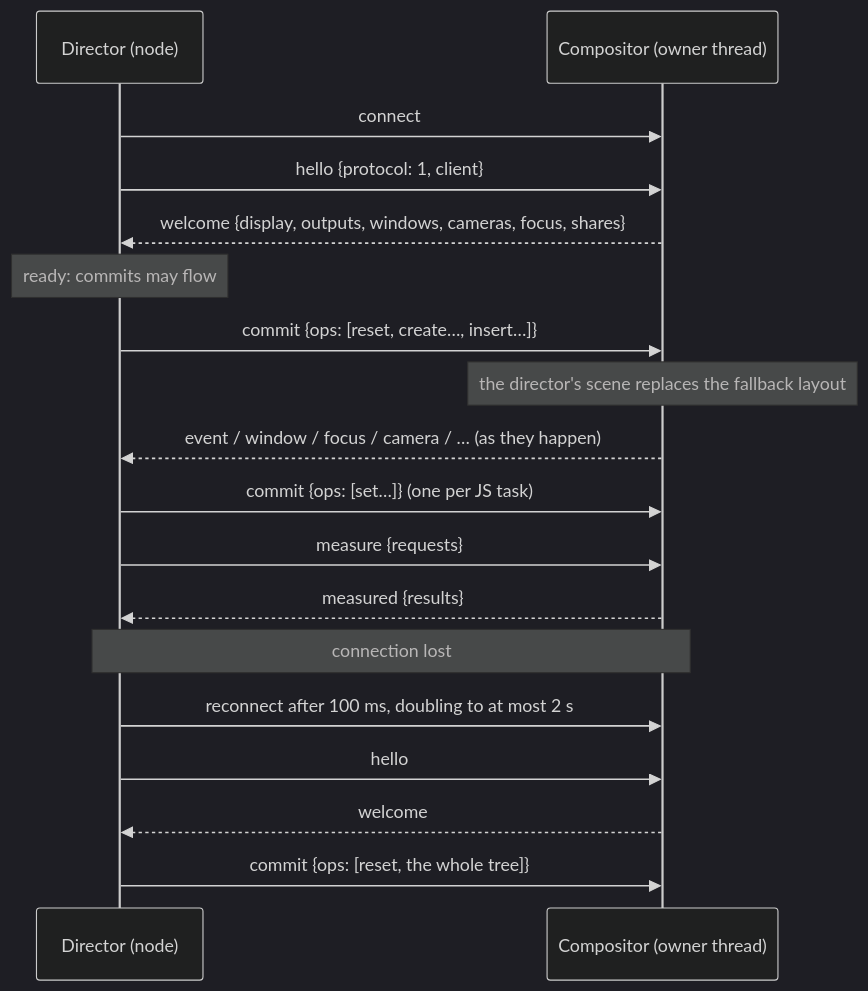
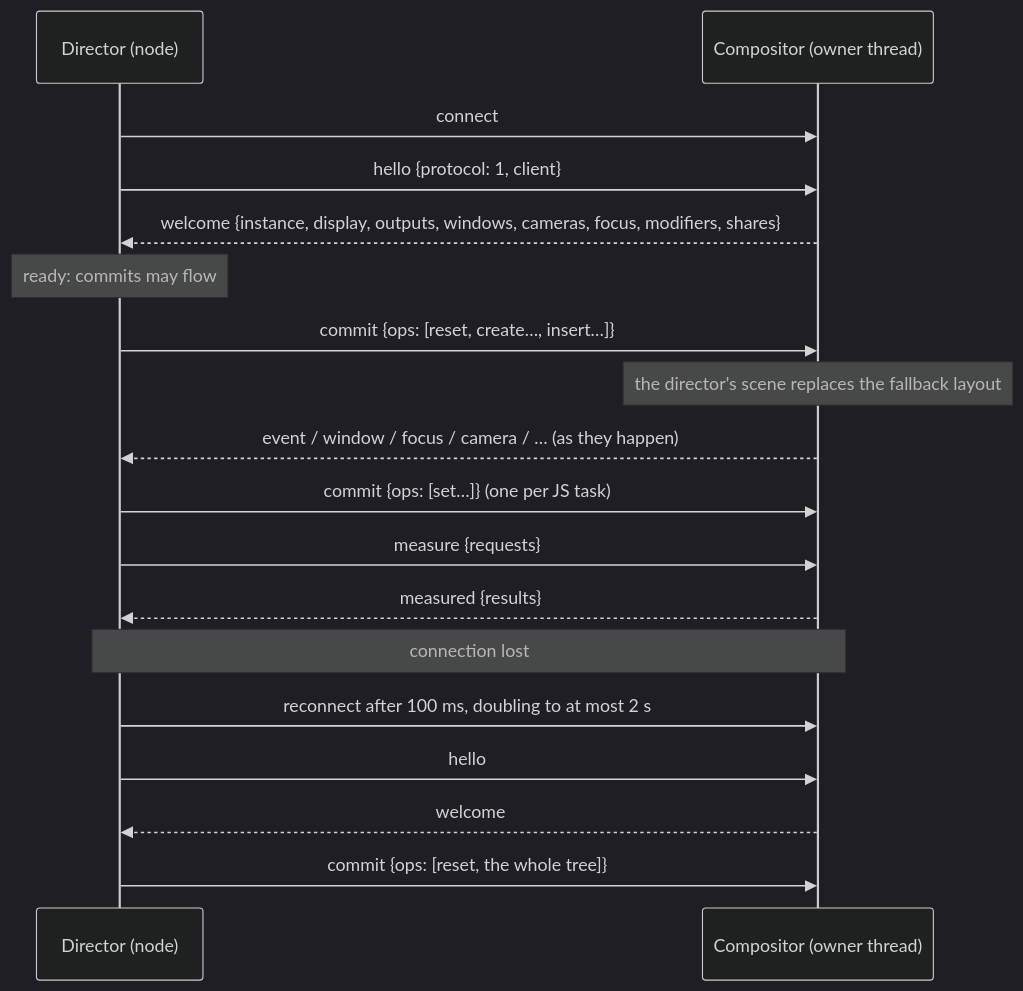
The diagram in docs/STAGE-PROTOCOL.md (SeungheonOh/ataxia), drawn with Mermaid (dark theme) before and after one commit. The commit also changed other lines of this file and 56 other files, not shown here.

````diff
--- a/docs/STAGE-PROTOCOL.md
+++ b/docs/STAGE-PROTOCOL.md
@@ -86,20 +87,20 @@
 ```mermaid
 sequenceDiagram
     participant D as Director (node)
     participant C as Compositor (owner thread)
     D->>C: connect
     D->>C: hello {protocol: 1, client}
-    C-->>D: welcome {display, outputs, windows, cameras, focus, shares}
+    C-->>D: welcome {instance, display, outputs, windows, cameras, focus, modifiers, shares}
     Note over D: ready: commits may flow
     D->>C: commit {ops: [reset, create…, insert…]}
     Note over C: the director's scene replaces the fallback layout
     C-->>D: event / window / focus / camera / … (as they happen)
     D->>C: commit {ops: [set…]} (one per JS task)
     D->>C: measure {requests}
     C-->>D: measured {results}
     Note over D,C: connection lost
     D->>C: reconnect after 100 ms, doubling to at most 2 s
     D->>C: hello
     C-->>D: welcome
     D->>C: commit {ops: [reset, the whole tree]}
 ```
````
